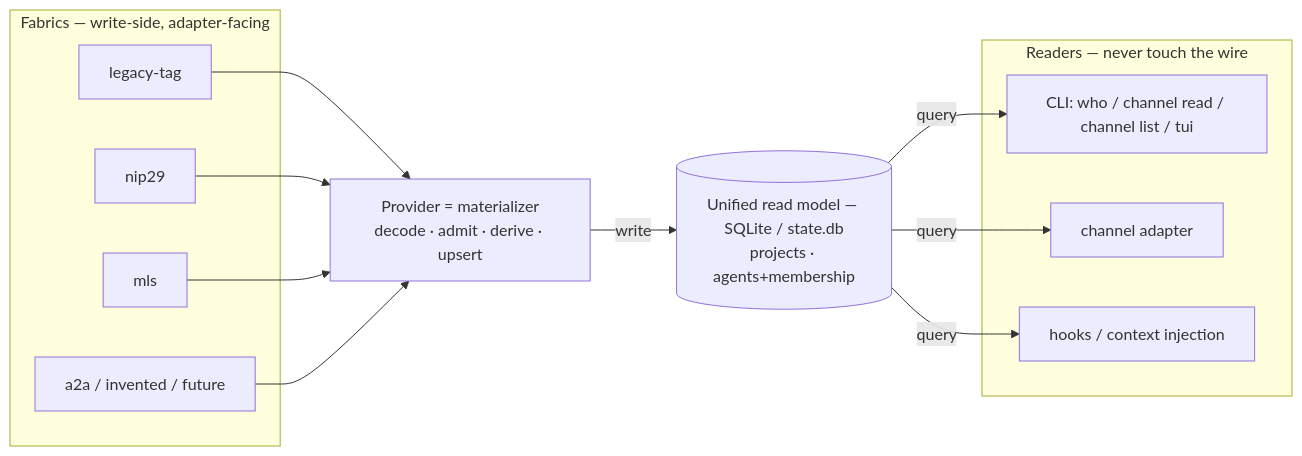
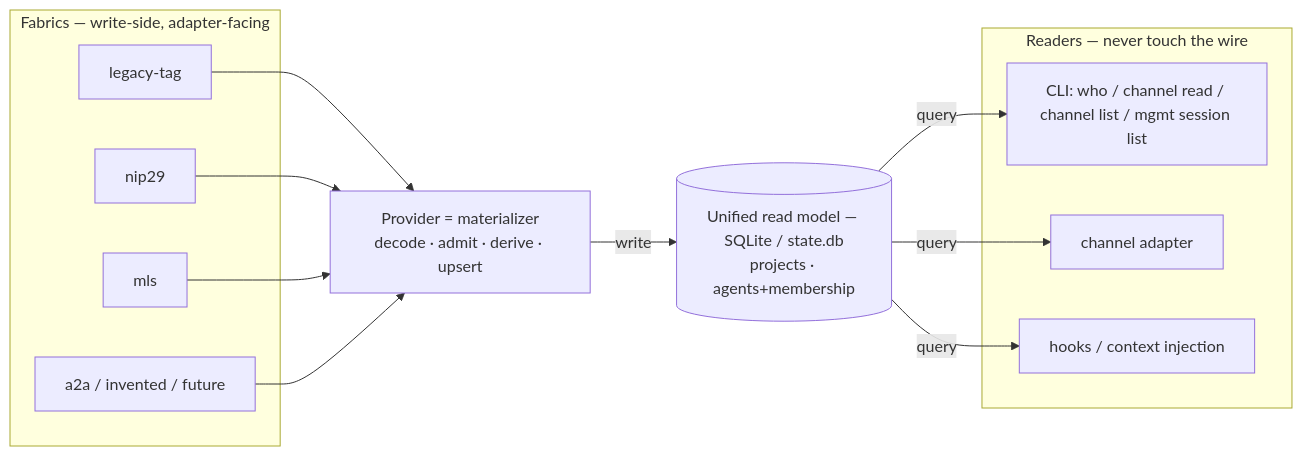
Before and after one commit to pablof7z/tenex-edge: the second of 6 diagrams in docs/fabric-architecture.md, drawn with Mermaid. The commit also changed 19 other files, not shown here.

````diff
--- a/docs/fabric-architecture.md
+++ b/docs/fabric-architecture.md
@@ -138,24 +138,24 @@
 ```mermaid
 flowchart LR
     subgraph FABRICS["Fabrics — write-side, adapter-facing"]
         F1["legacy-tag"]
         F2["nip29"]
         F3["mls"]
         F4["a2a / invented / future"]
     end
     MAT["Provider = materializer<br/>decode · admit · derive · upsert"]
     STORE[("Unified read model — SQLite / state.db<br/>projects · agents+membership")]
     subgraph READERS["Readers — never touch the wire"]
-        R1["CLI: who / channel read / channel list / tui"]
+        R1["CLI: who / channel read / channel list / mgmt session list"]
         R2["channel adapter"]
         R3["hooks / context injection"]
     end
     F1 --> MAT
     F2 --> MAT
     F3 --> MAT
     F4 --> MAT
     MAT -- write --> STORE
     STORE -- query --> R1
     STORE -- query --> R2
     STORE -- query --> R3
 ```
````
